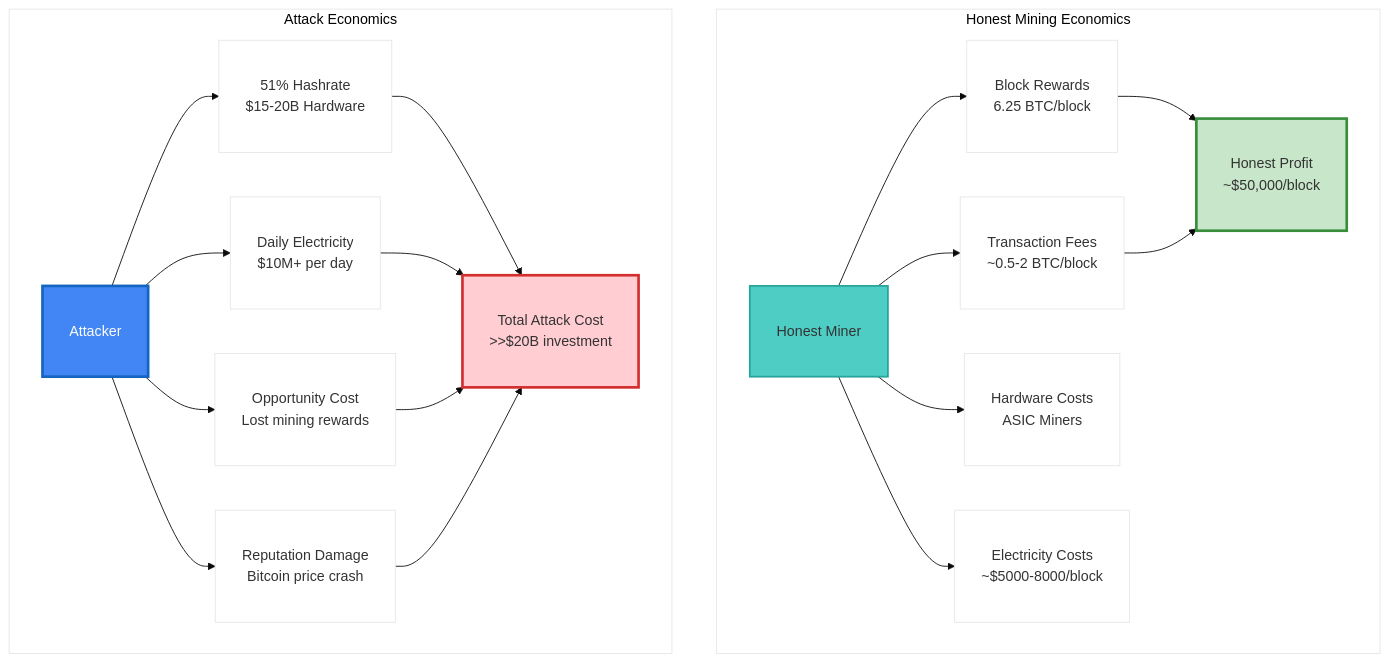
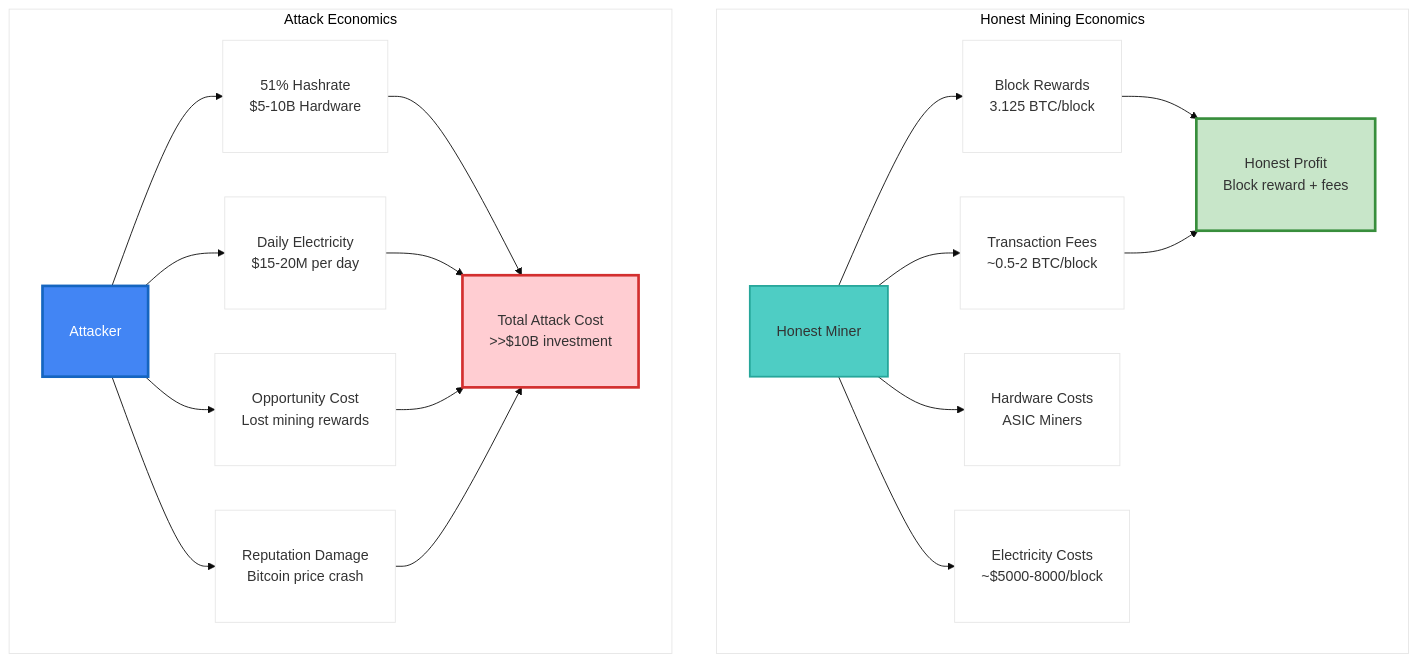
Before and after one commit to shapkarin/shapkarin.me: the fifth of 24 diagrams in public/api/articles/byzantine-fault-tolerance.md, drawn with Mermaid. The commit also changed other lines of this file, not shown here.

````diff
--- a/public/api/articles/byzantine-fault-tolerance.md
+++ b/public/api/articles/byzantine-fault-tolerance.md
@@ -360,42 +360,42 @@
 ```mermaid
 %%{init: {'theme':'base', 'themeVariables': {'primaryColor':'#ffffff', 'fontSize':'16px'}}}%%
 graph TD
     subgraph "Honest Mining Economics"
         HM["<br/>Honest Miner<br/><br/>"]
-        HR["<br/>Block Rewards<br/>6.25 BTC/block<br/><br/>"]
+        HR["<br/>Block Rewards<br/>3.125 BTC/block<br/><br/>"]
         HF["<br/>Transaction Fees<br/>~0.5-2 BTC/block<br/><br/>"]
         HC["<br/>Hardware Costs<br/>ASIC Miners<br/><br/>"]
         HE["<br/>Electricity Costs<br/>~$5000-8000/block<br/><br/>"]
-        HP["<br/>Honest Profit<br/>~$50,000/block<br/><br/>"]
+        HP["<br/>Honest Profit<br/>Block reward + fees<br/><br/>"]
     end
     
     subgraph "Attack Economics"
         AM["<br/>Attacker<br/><br/>"]
-        AH["<br/>51% Hashrate<br/>$15-20B Hardware<br/><br/>"]
-        AE["<br/>Daily Electricity<br/>$10M+ per day<br/><br/>"]
+        AH["<br/>51% Hashrate<br/>$5-10B Hardware<br/><br/>"]
+        AE["<br/>Daily Electricity<br/>$15-20M per day<br/><br/>"]
         AO["<br/>Opportunity Cost<br/>Lost mining rewards<br/><br/>"]
         AR["<br/>Reputation Damage<br/>Bitcoin price crash<br/><br/>"]
-        AL["<br/>Total Attack Cost<br/>>>$20B investment<br/><br/>"]
+        AL["<br/>Total Attack Cost<br/>>>$10B investment<br/><br/>"]
     end
     
     HM --> HR
     HM --> HF  
     HM --> HC
     HM --> HE
     HR --> HP
     HF --> HP
     
     AM --> AH
     AM --> AE
     AM --> AO
     AM --> AR
     AH --> AL
     AE --> AL
     AO --> AL
     AR --> AL
     
     style HP fill:#c8e6c9,stroke:#388e3c,stroke-width:3px
     style AL fill:#ffcdd2,stroke:#d32f2f,stroke-width:3px
     style HM fill:#4ecdc4,stroke:#26a69a,stroke-width:2px
     style AM fill:#4285f4,stroke:#1565c0,stroke-width:3px,color:#ffffff
 ```
````
